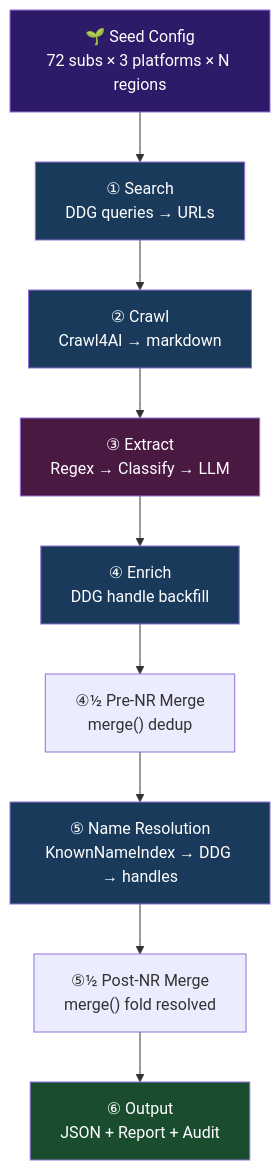
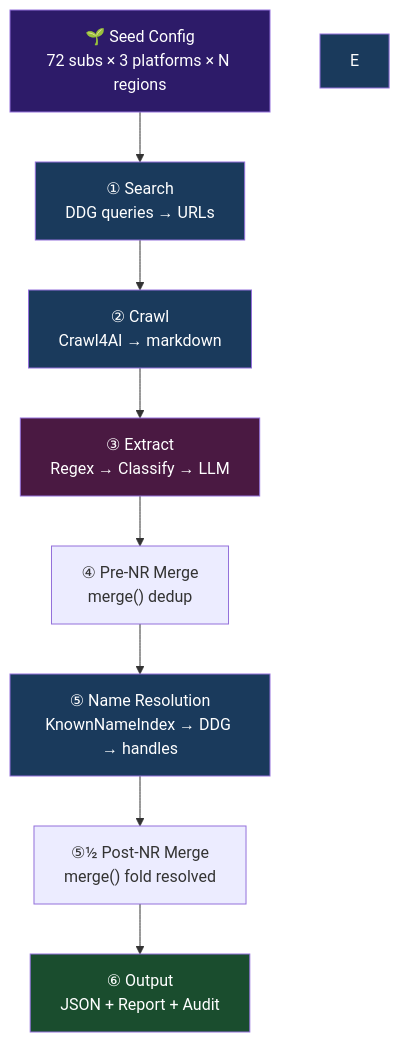
Before and after one commit to Meeks91/trenginePoC: the first of 4 diagrams in seeding/crawl4ai/docs/business_rules.md, drawn with Mermaid. The commit also changed other lines of this file and 2 other files, not shown here.

First line of the commit message:
docs: remove stale NameToHandleService / per-job enrichment references

````diff
--- a/seeding/crawl4ai/docs/business_rules.md
+++ b/seeding/crawl4ai/docs/business_rules.md
@@ -33,19 +32,18 @@
 ```mermaid
 graph TD
     A["🌱 Seed Config<br/>72 subs × 3 platforms × N regions"] --> B["① Search<br/>DDG queries → URLs"]
     B --> C["② Crawl<br/>Crawl4AI → markdown"]
     C --> D["③ Extract<br/>Regex → Classify → LLM"]
-    D --> E["④ Enrich<br/>DDG handle backfill"]
-    E --> F1["④½ Pre-NR Merge<br/>merge() dedup"]
+    D --> F1["④ Pre-NR Merge<br/>merge() dedup"]
     F1 --> F["⑤ Name Resolution<br/>KnownNameIndex → DDG → handles"]
     F --> F2["⑤½ Post-NR Merge<br/>merge() fold resolved"]
     F2 --> G["⑥ Output<br/>JSON + Report + Audit"]
 
     style A fill:#2d1b69,color:#fff
     style B fill:#1a3a5c,color:#fff
     style C fill:#1a3a5c,color:#fff
     style D fill:#4a1942,color:#fff
     style E fill:#1a3a5c,color:#fff
     style F fill:#1a3a5c,color:#fff
     style G fill:#1a4d2e,color:#fff
 ```
````
